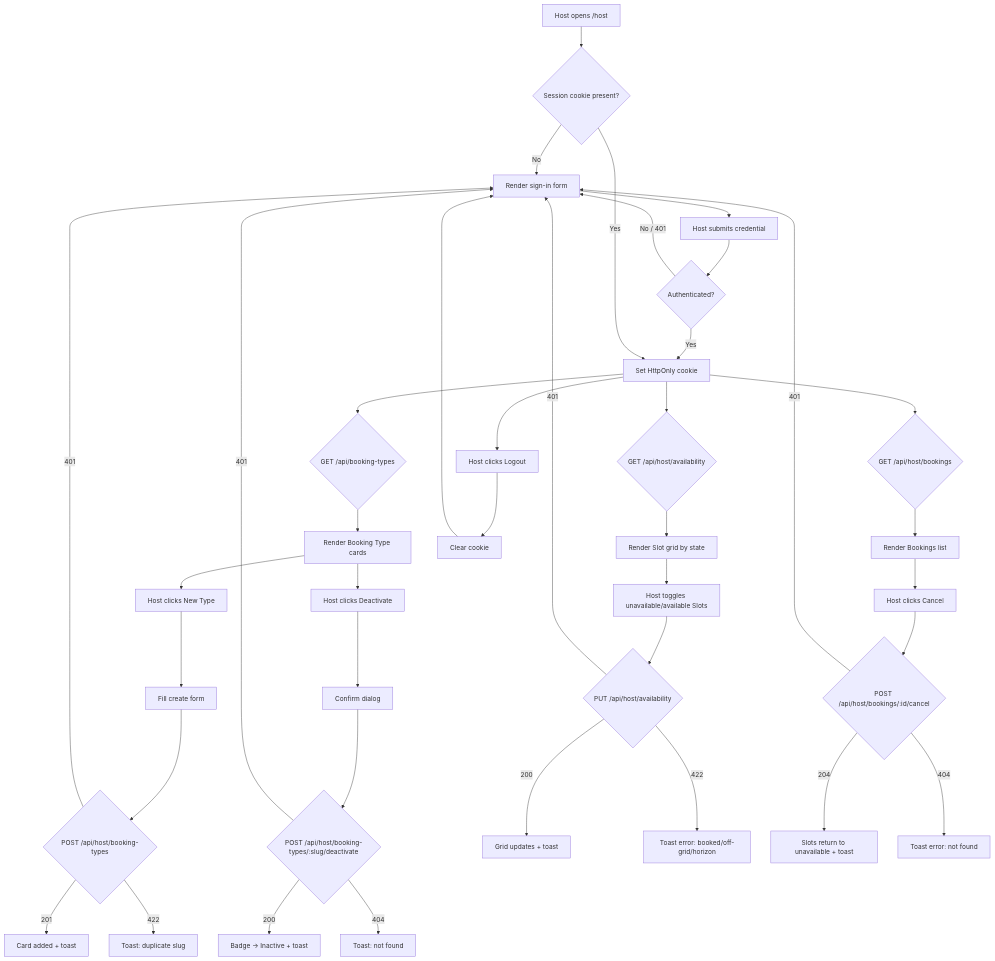
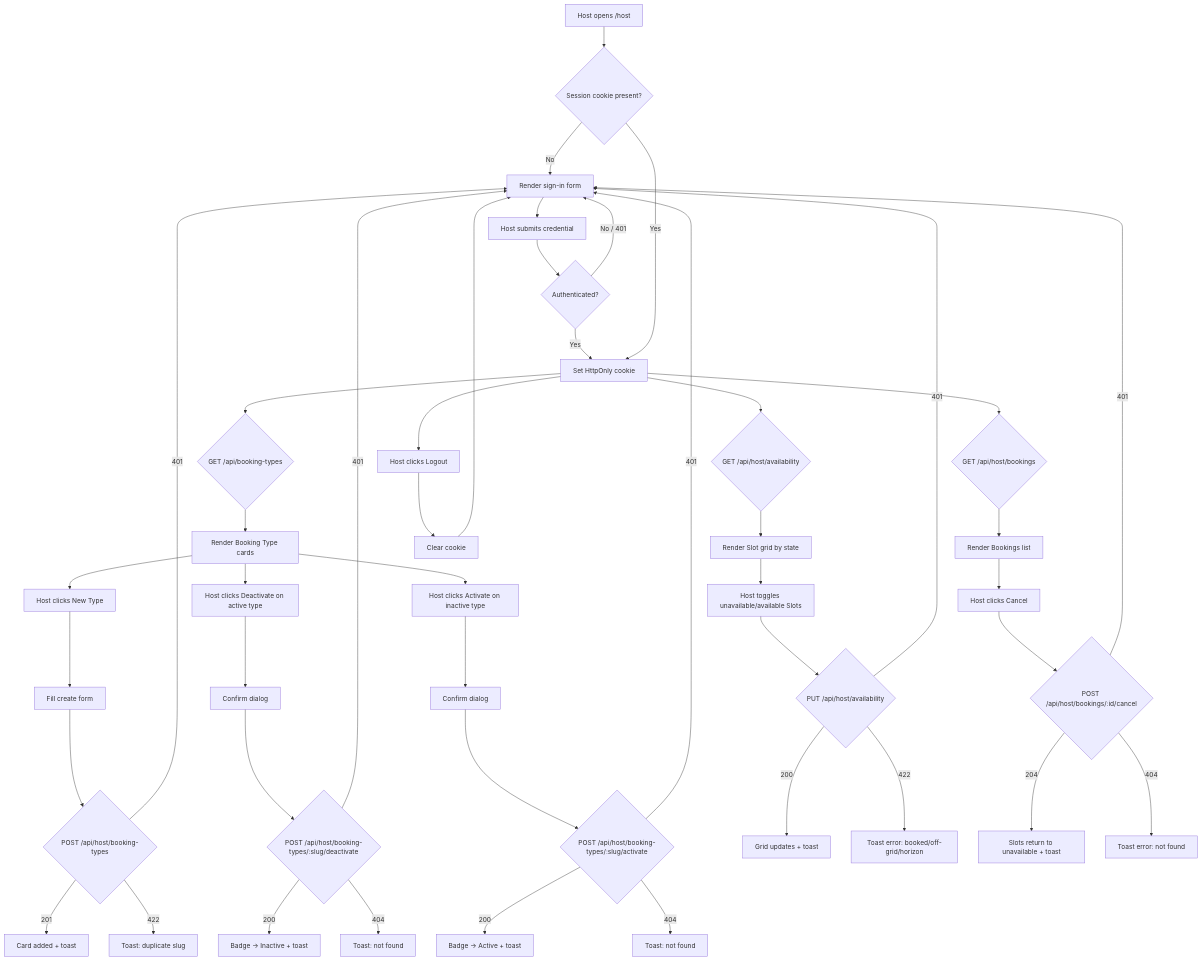
One commit to sunlazor/ai-for-developers-project-386 changed the diagram in docs/host-flow.md. Above: the diagram before and after it, drawn with Mermaid. The commit also changed other lines of this file and 5 other files, not shown here.

Commit message:
Add activation for a deactivated booking type

````diff
--- a/docs/host-flow.md
+++ b/docs/host-flow.md
@@ -165,45 +170,52 @@
 ```mermaid
 flowchart TD
     A[Host opens /host] --> B{Session cookie present?}
     B -->|No| C[Render sign-in form]
     C --> D[Host submits credential]
     D --> E{Authenticated?}
     E -->|No / 401| C
     E -->|Yes| F[Set HttpOnly cookie]
     B -->|Yes| F
     F --> G1{GET /api/booking-types}
     F --> G2{GET /api/host/availability}
     F --> H{GET /api/host/bookings}
     G1 --> I0[Render Booking Type cards]
     G2 --> I[Render Slot grid by state]
     H --> J[Render Bookings list]
 
     I0 --> K0[Host clicks New Type]
     K0 --> L0[Fill create form]
     L0 --> M0{POST /api/host/booking-types}
     M0 -->|201| N0[Card added + toast]
     M0 -->|422| O0[Toast: duplicate slug]
     M0 -->|401| C
 
-    I0 --> P0[Host clicks Deactivate]
+    I0 --> P0[Host clicks Deactivate on active type]
     P0 --> Q0[Confirm dialog]
     Q0 --> R0{POST /api/host/booking-types/:slug/deactivate}
     R0 -->|200| S0[Badge → Inactive + toast]
     R0 -->|404| T0[Toast: not found]
     R0 -->|401| C
+
+    I0 --> P1[Host clicks Activate on inactive type]
+    P1 --> Q1[Confirm dialog]
+    Q1 --> R1{POST /api/host/booking-types/:slug/activate}
+    R1 -->|200| S1[Badge → Active + toast]
+    R1 -->|404| T1[Toast: not found]
+    R1 -->|401| C
 
     I --> K[Host toggles unavailable/available Slots]
     K --> L{PUT /api/host/availability}
     L -->|200| M[Grid updates + toast]
     L -->|422| N[Toast error: booked/off-grid/horizon]
     L -->|401| C
 
     J --> O[Host clicks Cancel]
     O --> P{POST /api/host/bookings/:id/cancel}
     P -->|204| Q[Slots return to unavailable + toast]
     P -->|404| R[Toast error: not found]
     P -->|401| C
 
     F --> S[Host clicks Logout]
     S --> T[Clear cookie] --> C
 ```
````
